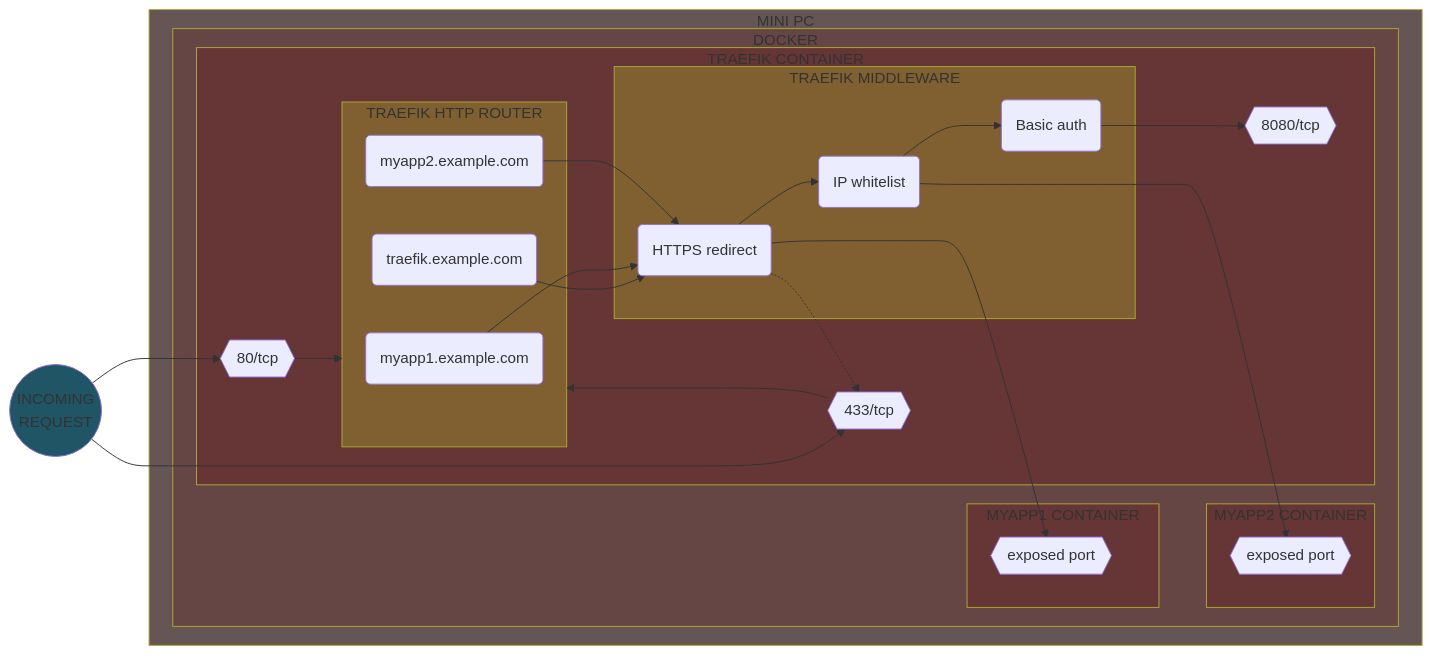
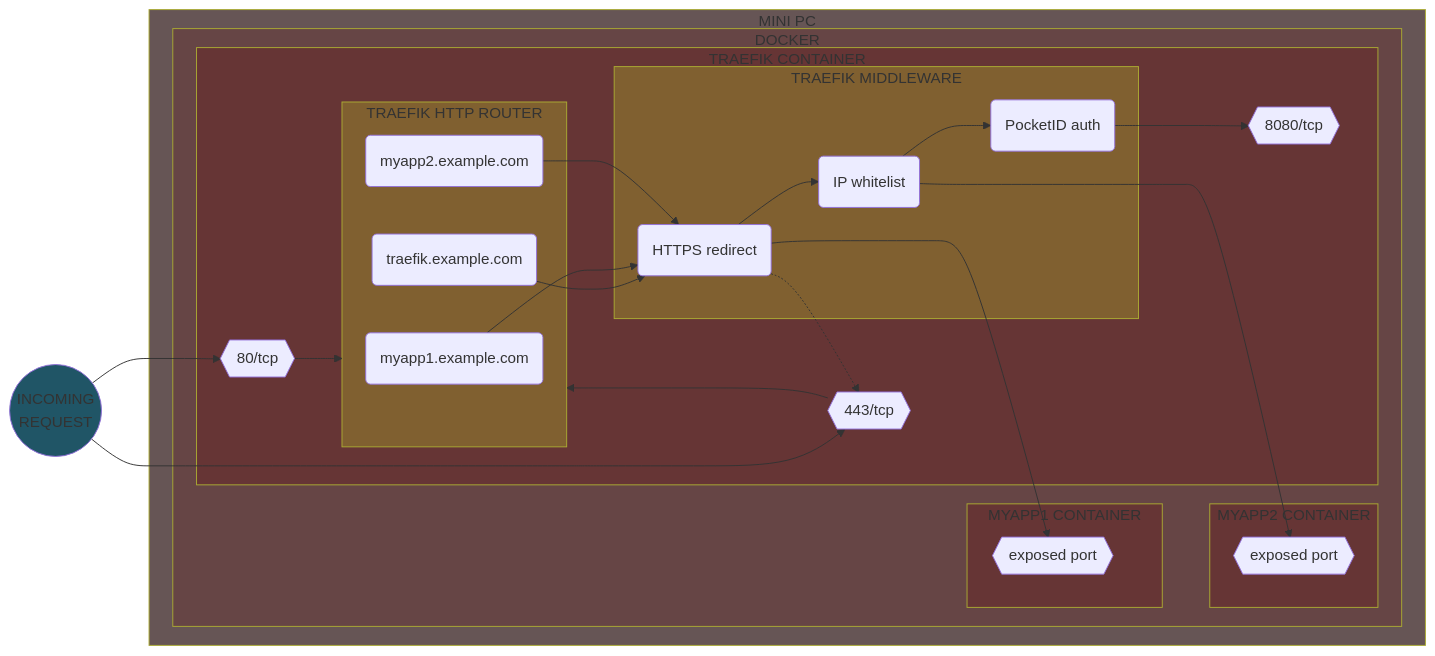
Before and after one commit to Yann39/self-hosted-n100: the fifth of 17 diagrams in README.md, drawn with Mermaid. The commit also changed other lines of this file and 2 other files, not shown here.

Commit message:
updated diagrams to reflect last changes + updated homer config to add crowdsec

````diff
--- a/README.md
+++ b/README.md
@@ -777,62 +797,62 @@
 ```mermaid
 flowchart LR
     style INCOMING_REQUEST fill: #205566
     style TRAEFIK_CONTAINER fill: #663535
     style MYAPP1_CONTAINER fill: #663535
     style MYAPP2_CONTAINER fill: #663535
     style TRAEFIK_ROUTER fill: #806030
     style TRAEFIK_MIDDLEWARE fill: #806030
     style SERVER_DEVICE fill: #665555
     style CONTAINER_ENGINE fill: #664545
     INCOMING_REQUEST((INCOMING\nREQUEST))
-    DOCKER_TRAEFIK_PORT443{{433/tcp}}
+    DOCKER_TRAEFIK_PORT443{{443/tcp}}
     DOCKER_TRAEFIK_PORT80{{80/tcp}}
     DOCKER_TRAEFIK_PORT8080{{8080/tcp}}
     DOCKER_MYAPP1_PORT{{exposed port}}
     DOCKER_MYAPP2_PORT{{exposed port}}
     TRAEFIK_ROUTER_MYAPP1(myapp1.example.com)
     TRAEFIK_ROUTER_MYAPP2(myapp2.example.com)
     TRAEFIK_ROUTER_TRAEFIK(traefik.example.com)
 
     subgraph SERVER_DEVICE[MINI PC]
         subgraph CONTAINER_ENGINE[DOCKER]
             subgraph MYAPP1_CONTAINER[MYAPP1 CONTAINER]
                 DOCKER_MYAPP1_PORT
             end
             subgraph MYAPP2_CONTAINER[MYAPP2 CONTAINER]
                 DOCKER_MYAPP2_PORT
             end
 
             subgraph TRAEFIK_CONTAINER[TRAEFIK CONTAINER]
                 subgraph TRAEFIK_ROUTER[TRAEFIK HTTP ROUTER]
                     TRAEFIK_ROUTER_TRAEFIK
                     TRAEFIK_ROUTER_MYAPP1
                     TRAEFIK_ROUTER_MYAPP2
                 end
                 subgraph TRAEFIK_MIDDLEWARE[TRAEFIK MIDDLEWARE]
                     REDIRECT(HTTPS redirect)
                     IP_WHITELISTING(IP whitelist)
-                    BASIC_AUTH(Basic auth)
+                    AUTH(PocketID auth)
                 end
                 DOCKER_TRAEFIK_PORT80
                 DOCKER_TRAEFIK_PORT443
                 DOCKER_TRAEFIK_PORT8080
             end
 
         end
     end
 
     INCOMING_REQUEST --> DOCKER_TRAEFIK_PORT80
     INCOMING_REQUEST --> DOCKER_TRAEFIK_PORT443
     DOCKER_TRAEFIK_PORT80 --> TRAEFIK_ROUTER
     DOCKER_TRAEFIK_PORT443 --> TRAEFIK_ROUTER
     TRAEFIK_ROUTER_TRAEFIK --> REDIRECT
     TRAEFIK_ROUTER_MYAPP1 --> REDIRECT
     TRAEFIK_ROUTER_MYAPP2 --> REDIRECT
     REDIRECT -.-> DOCKER_TRAEFIK_PORT443
-    IP_WHITELISTING --> BASIC_AUTH
+    IP_WHITELISTING --> AUTH
     IP_WHITELISTING ---> DOCKER_MYAPP2_PORT
     REDIRECT --> IP_WHITELISTING
     REDIRECT ---> DOCKER_MYAPP1_PORT
-    BASIC_AUTH --> DOCKER_TRAEFIK_PORT8080
+    AUTH --> DOCKER_TRAEFIK_PORT8080
 ```
````
